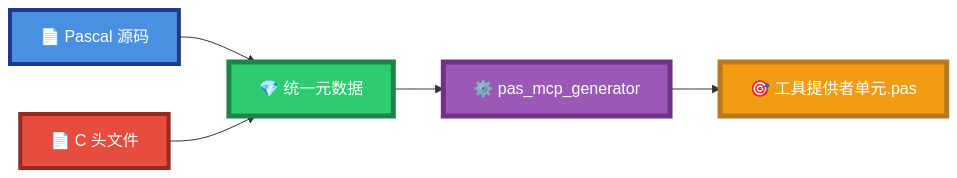
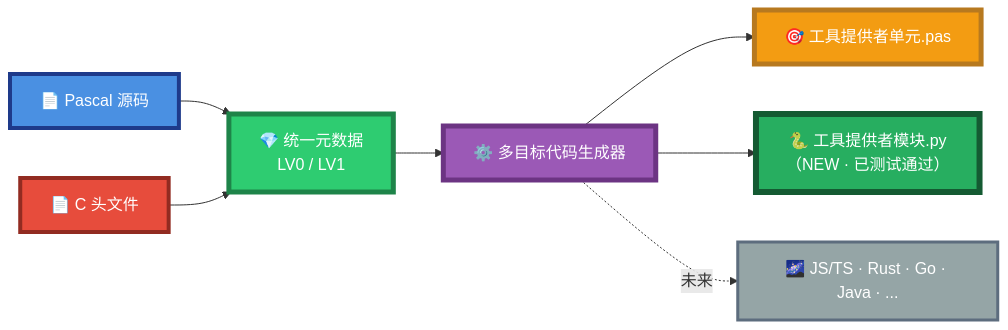
Before and after one commit to PassByYou888/LingoFuse-pasAgent: the first of 46 diagrams in code_generate_mcp.md, drawn with Mermaid. The commit also changed other lines of this file, not shown here.

````diff
--- a/code_generate_mcp.md
+++ b/code_generate_mcp.md
@@ -20,13 +20,17 @@
 ```mermaid
 flowchart LR
-    A["📄 Pascal 源码"] --> M["💎 统一元数据"]
+    A["📄 Pascal 源码"] --> M["💎 统一元数据<br/>LV0 / LV1"]
     B["📄 C 头文件"] --> M
-    M --> G["⚙️ pas_mcp_generator"]
-    G --> O["🎯 工具提供者单元.pas"]
+    M --> G["⚙️ 多目标代码生成器"]
+    G --> O1["🎯 工具提供者单元.pas"]
+    G --> O2["🐍 工具提供者模块.py<br/>（NEW · 已测试通过）"]
+    G -.->|"未来"| O3["🌌 JS/TS · Rust · Go · Java · ..."]
 
     style A fill:#4A90E2,stroke:#1E3A8A,stroke-width:4px,color:#FFFFFF
     style B fill:#E74C3C,stroke:#922B21,stroke-width:4px,color:#FFFFFF
     style M fill:#2ECC71,stroke:#1E8449,stroke-width:5px,color:#FFFFFF
     style G fill:#9B59B6,stroke:#6C3483,stroke-width:5px,color:#FFFFFF
-    style O fill:#F39C12,stroke:#B7791F,stroke-width:5px,color:#FFFFFF
+    style O1 fill:#F39C12,stroke:#B7791F,stroke-width:5px,color:#FFFFFF
+    style O2 fill:#27AE60,stroke:#145A32,stroke-width:6px,color:#FFFFFF
+    style O3 fill:#95A5A6,stroke:#5D6D7E,stroke-width:3px,color:#FFFFFF
 ```
````
